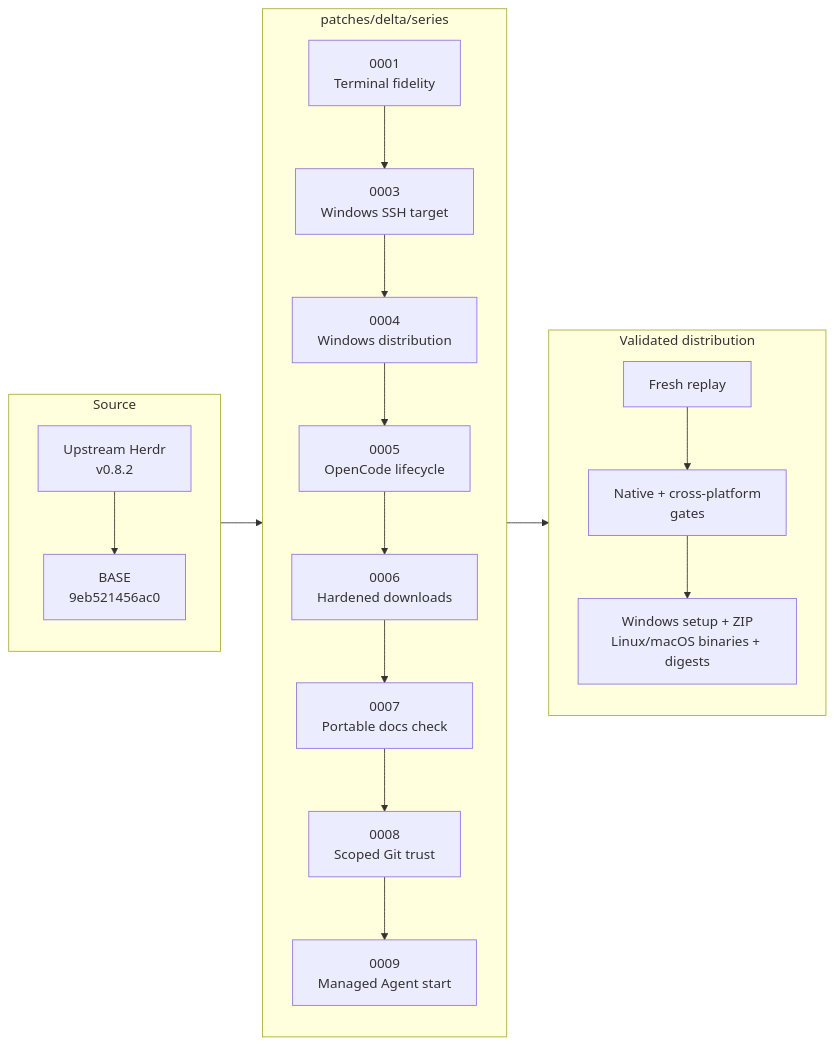
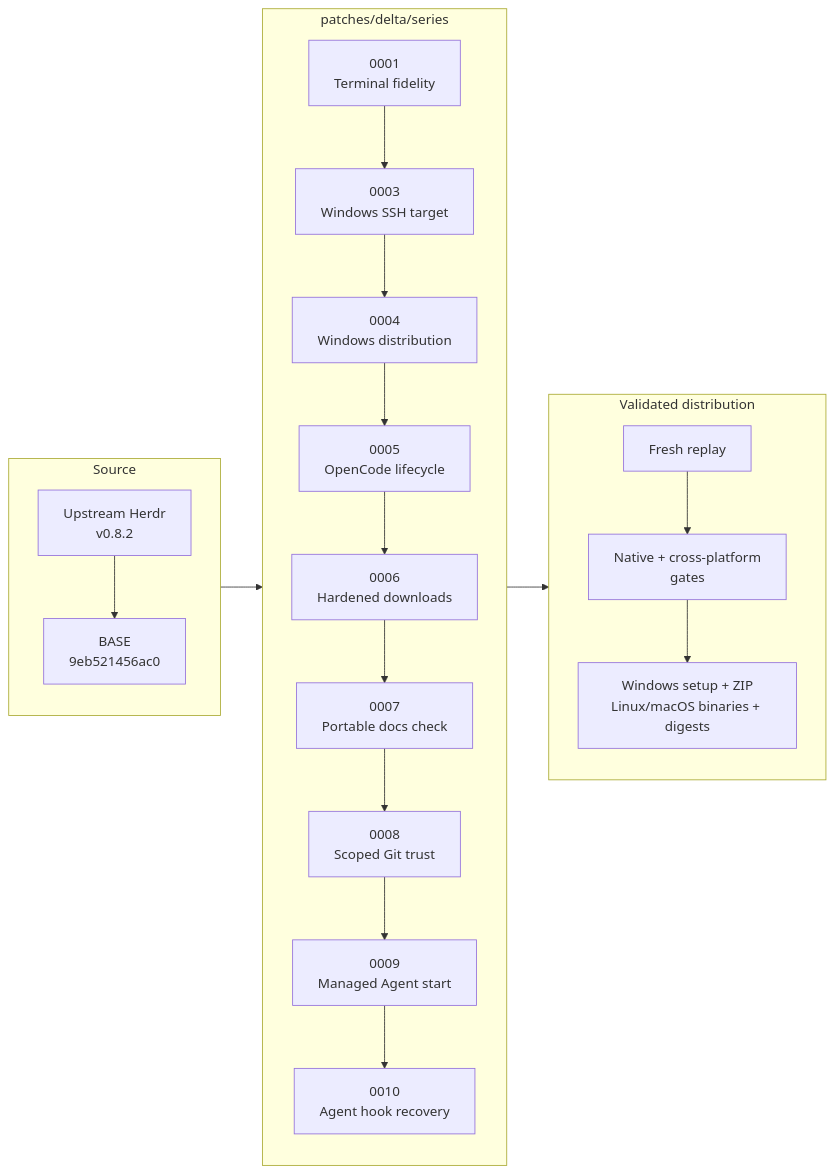
One commit to hdosys/herdr-win changed the diagram in docs/next/README.md. Above: the diagram before and after it, drawn with Mermaid. The commit also changed other lines of this file and 13 other files, not shown here.

First line of the commit message:
fix(agent): integrate transient hook recovery

````diff
--- a/docs/next/README.md
+++ b/docs/next/README.md
@@ -62,27 +63,28 @@
 ```mermaid
 flowchart LR
     subgraph S["Source"]
         direction TB
         U["Upstream Herdr<br/>v0.8.2"] --> B["BASE<br/>9eb521456ac0"]
     end
 
     subgraph Q["patches/delta/series"]
         direction TB
         P1["0001<br/>Terminal fidelity"] --> P3["0003<br/>Windows SSH target"]
         P3 --> P4["0004<br/>Windows distribution"]
         P4 --> P5["0005<br/>OpenCode lifecycle"]
         P5 --> P6["0006<br/>Hardened downloads"]
         P6 --> P7["0007<br/>Portable docs check"]
         P7 --> P8["0008<br/>Scoped Git trust"]
         P8 --> P9["0009<br/>Managed Agent start"]
+        P9 --> P10["0010<br/>Agent hook recovery"]
     end
 
     subgraph V["Validated distribution"]
         direction TB
         R["Fresh replay"] --> G["Native + cross-platform<br/>gates"]
         G --> A["Windows setup + ZIP<br/>Linux/macOS binaries + digests"]
     end
 
     B --> P1
-    P9 --> R
+    P10 --> R
 ```
````
